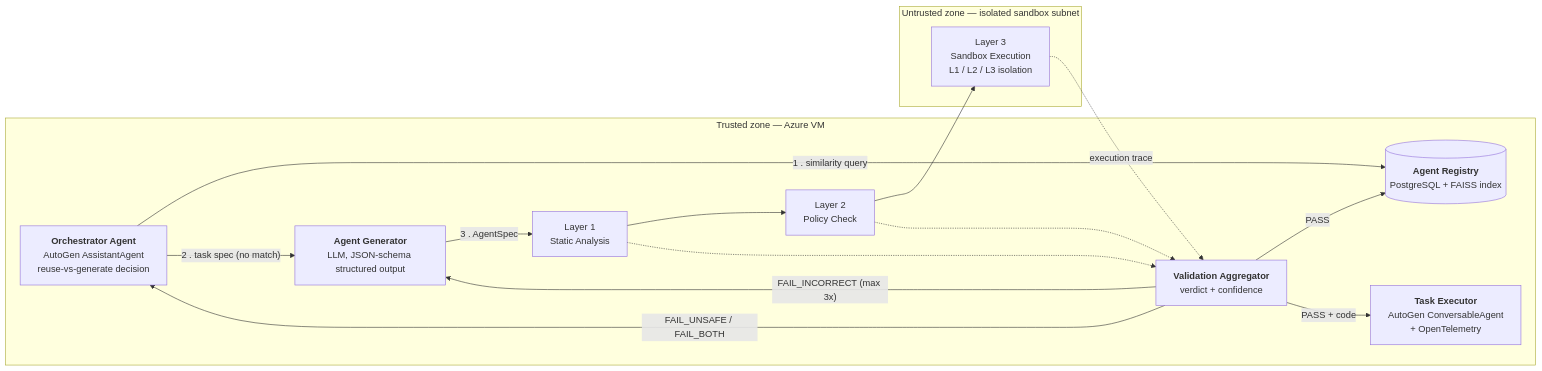
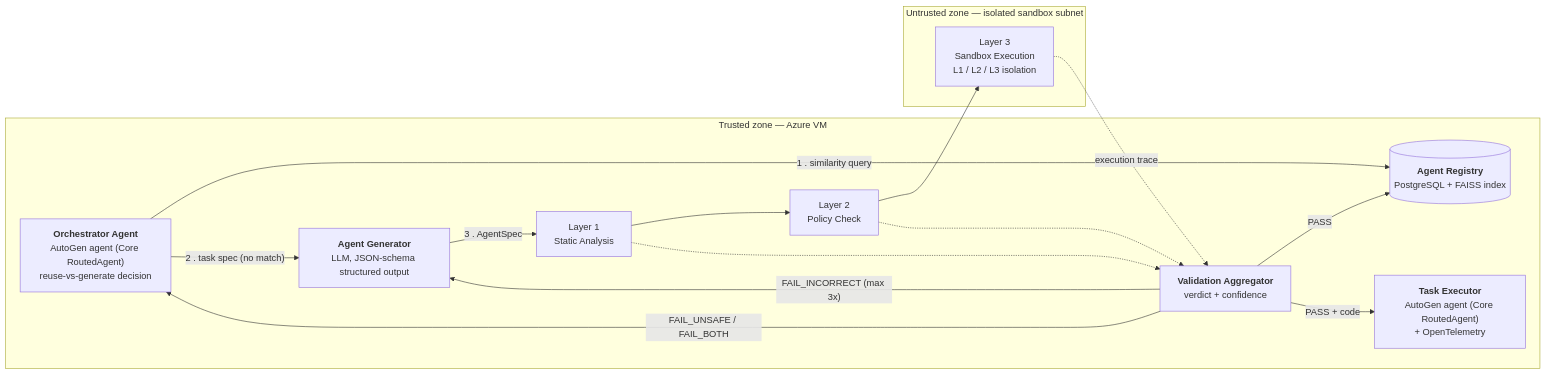
Before and after one commit to bob-dev-01/multiagent-sandbox: the second of 7 diagrams in architecture.md, drawn with Mermaid. The commit also changed other lines of this file, not shown here.

First line of the commit message:
Align architecture.md with the AutoGen implementation

````diff
--- a/architecture.md
+++ b/architecture.md
@@ -141,29 +141,29 @@
 ```mermaid
 flowchart LR
     subgraph TRUSTED["Trusted zone — Azure VM"]
-        ORC["<b>Orchestrator Agent</b><br/>AutoGen AssistantAgent<br/>reuse-vs-generate decision"]
+        ORC["<b>Orchestrator Agent</b><br/>AutoGen agent (Core RoutedAgent)<br/>reuse-vs-generate decision"]
         GEN["<b>Agent Generator</b><br/>LLM, JSON-schema structured output"]
         REG[("<b>Agent Registry</b><br/>PostgreSQL + FAISS index")]
-        EXE["<b>Task Executor</b><br/>AutoGen ConversableAgent<br/>+ OpenTelemetry"]
+        EXE["<b>Task Executor</b><br/>AutoGen agent (Core RoutedAgent)<br/>+ OpenTelemetry"]
         AGG["<b>Validation Aggregator</b><br/>verdict + confidence"]
         SL1["Layer 1<br/>Static Analysis"]
         SL2["Layer 2<br/>Policy Check"]
     end
 
     subgraph UNTRUSTED["Untrusted zone — isolated sandbox subnet"]
         SL3["Layer 3<br/>Sandbox Execution<br/>L1 / L2 / L3 isolation"]
     end
 
     ORC -->|"1 . similarity query"| REG
     ORC -->|"2 . task spec (no match)"| GEN
     GEN -->|"3 . AgentSpec"| SL1
     SL1 --> SL2
     SL2 --> SL3
     SL1 -.-> AGG
     SL2 -.-> AGG
     SL3 -.->|execution trace| AGG
     AGG -->|"PASS"| REG
     AGG -->|"PASS + code"| EXE
     AGG -->|"FAIL_INCORRECT (max 3x)"| GEN
     AGG -->|"FAIL_UNSAFE / FAIL_BOTH"| ORC
 ```
````
